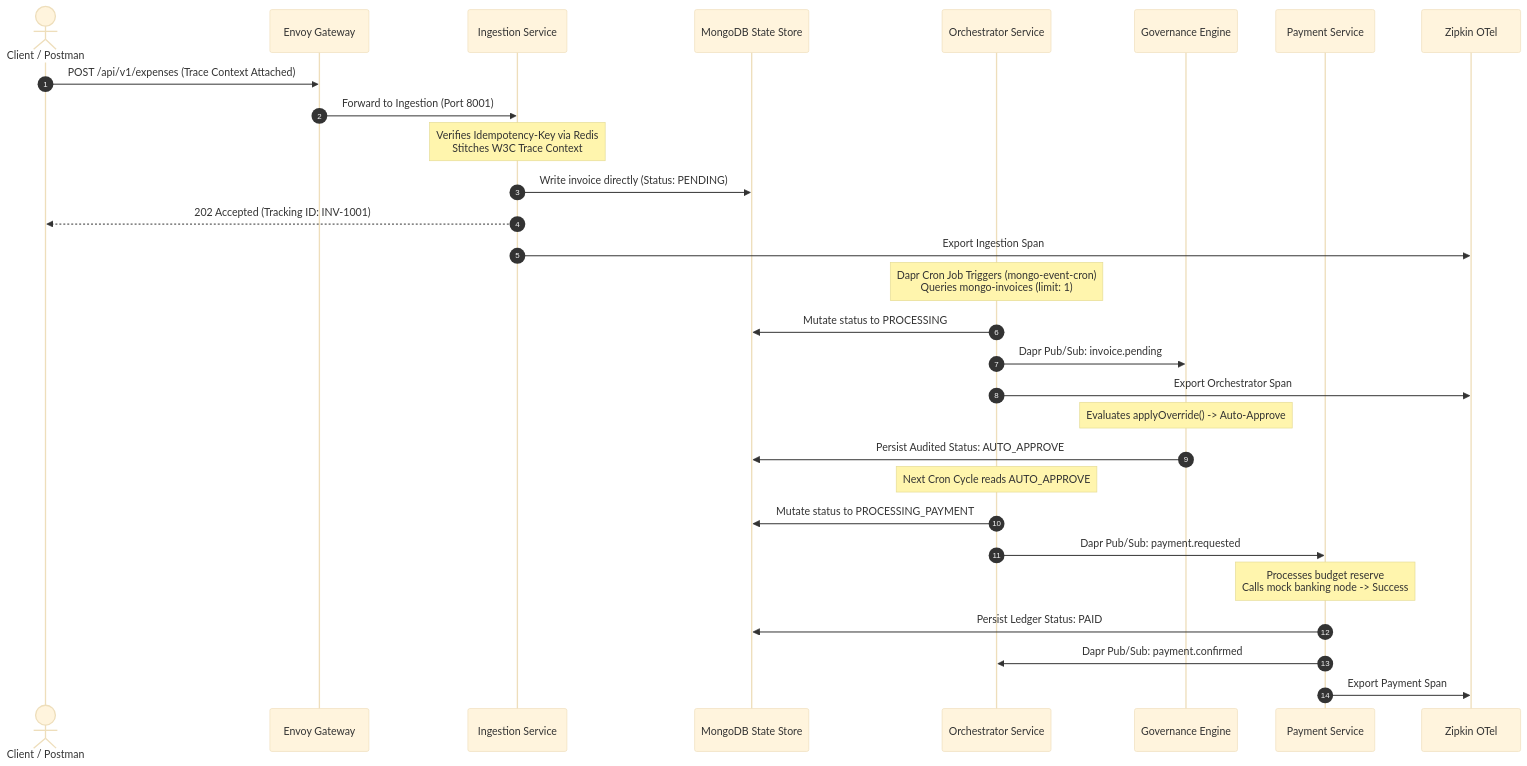
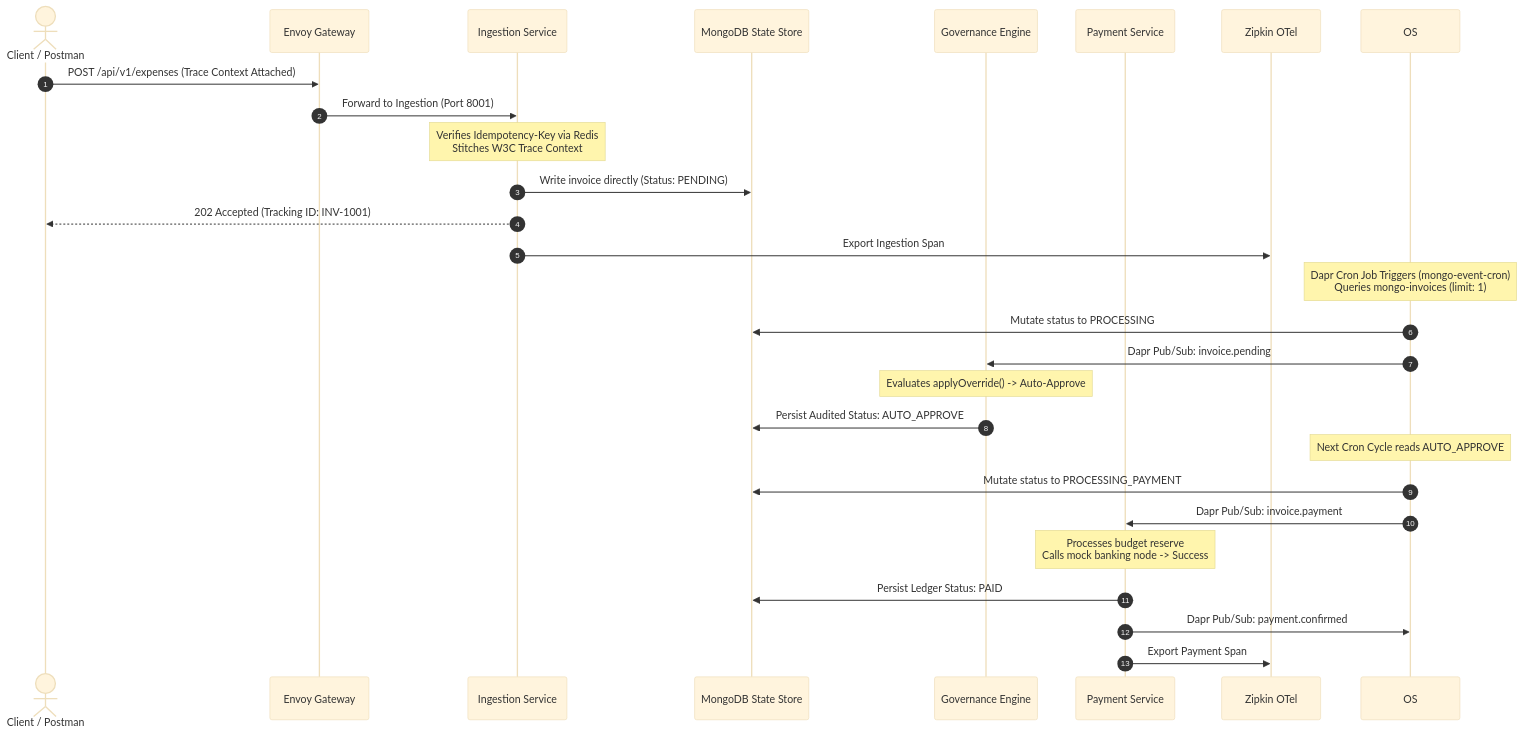
One commit to roman-shneer/InvoiceApprovalFlow changed the second of 4 diagrams in docs/ARCHITECTURE.md. Above: the diagram before and after it, drawn with Mermaid (base theme). The commit also changed other lines of this file and 10 other files, not shown here.

````diff
--- a/docs/ARCHITECTURE.md
+++ b/docs/ARCHITECTURE.md
@@ -85,36 +82,34 @@
 ```mermaid
 sequenceDiagram
     autonumber
     actor Client as Client / Postman
     participant Envoy as Envoy Gateway
     participant IS as Ingestion Service
     participant DB as MongoDB State Store
-    participant OS as Orchestrator Service
     participant GS as Governance Engine
     participant PS as Payment Service
     participant ZK as Zipkin OTel
 
     Client->>Envoy: POST /api/v1/expenses (Trace Context Attached)
     Envoy->>IS: Forward to Ingestion (Port 8001)
     Note over IS: Verifies Idempotency-Key via Redis<br/>Stitches W3C Trace Context
     IS->>DB: Write invoice directly (Status: PENDING)
     IS-->>Client: 202 Accepted (Tracking ID: INV-1001)
     IS->>ZK: Export Ingestion Span
 
     Note over OS: Dapr Cron Job Triggers (mongo-event-cron)<br/>Queries mongo-invoices (limit: 1)
     OS->>DB: Mutate status to PROCESSING
     OS->>GS: Dapr Pub/Sub: invoice.pending
-    OS->>ZK: Export Orchestrator Span
 
     Note over GS: Evaluates applyOverride() -> Auto-Approve
     GS->>DB: Persist Audited Status: AUTO_APPROVE
 
     Note over OS: Next Cron Cycle reads AUTO_APPROVE
     OS->>DB: Mutate status to PROCESSING_PAYMENT
-    OS->>PS: Dapr Pub/Sub: payment.requested
+    OS->>PS: Dapr Pub/Sub: invoice.payment
 
     Note over PS: Processes budget reserve<br/>Calls mock banking node -> Success
     PS->>DB: Persist Ledger Status: PAID
     PS->>OS: Dapr Pub/Sub: payment.confirmed
     PS->>ZK: Export Payment Span
 ```
````
